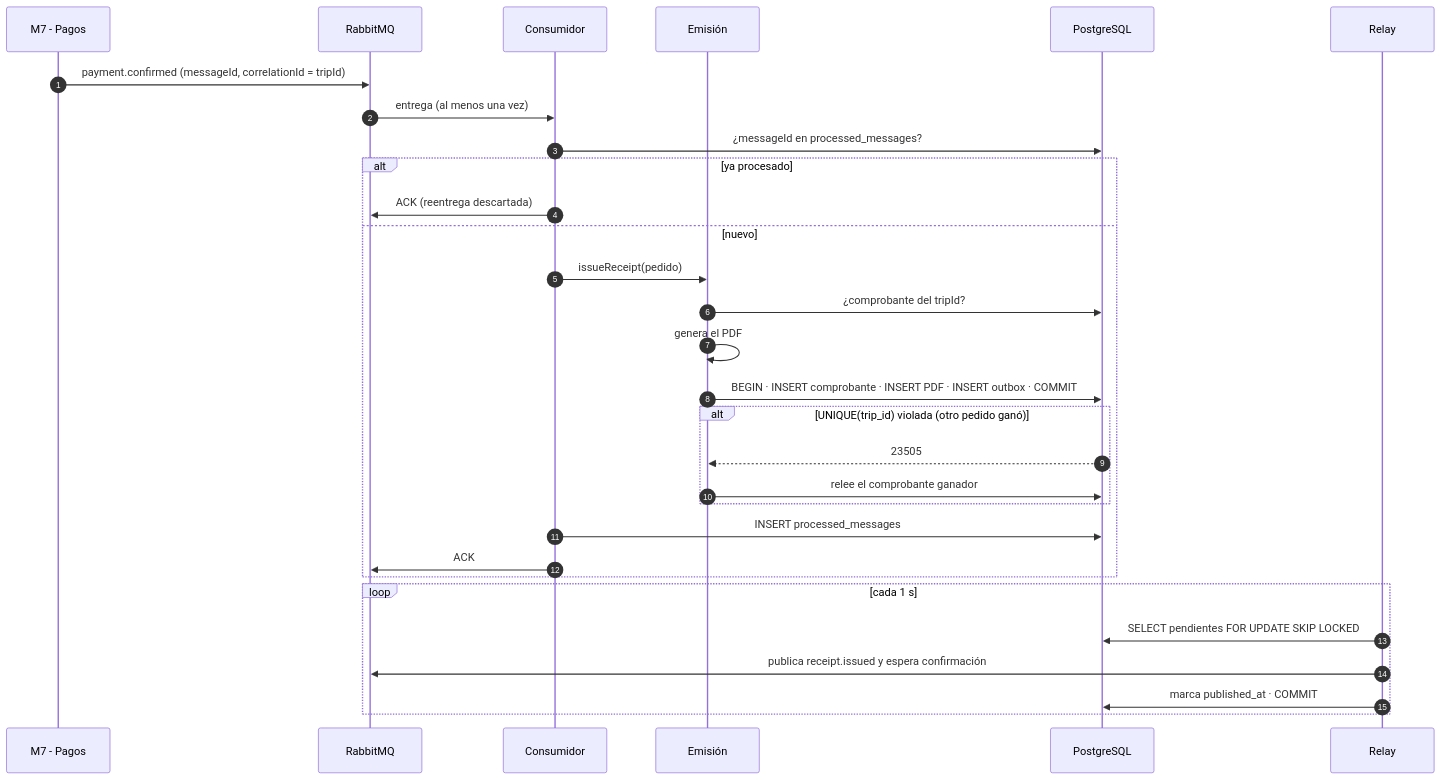
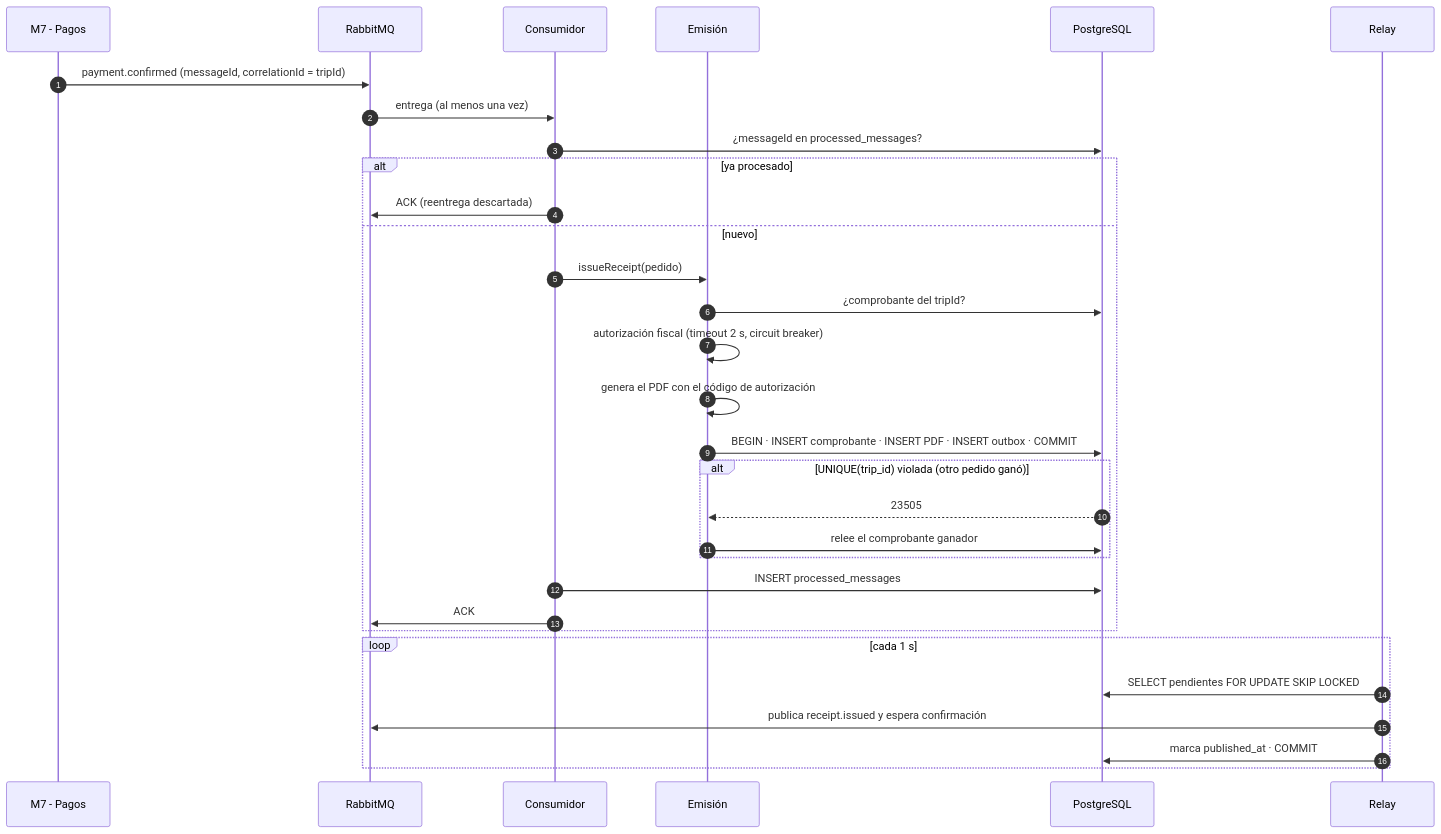
Before and after one commit to cuencadelplata/p3-ae1-2026: the third of 4 diagrams in modulo-8/services/receipts/docs/arquitectura/arquitectura-ae2.md, drawn with Mermaid. The commit also changed other lines of this file and 41 other files, not shown here.

````diff
--- a/modulo-8/services/receipts/docs/arquitectura/arquitectura-ae2.md
+++ b/modulo-8/services/receipts/docs/arquitectura/arquitectura-ae2.md
@@ -121,33 +129,34 @@
 ```mermaid
 sequenceDiagram
     autonumber
     participant M7 as M7 - Pagos
     participant MQ as RabbitMQ
     participant C as Consumidor
     participant S as Emisión
     participant DB as PostgreSQL
     participant R as Relay
 
     M7->>MQ: payment.confirmed (messageId, correlationId = tripId)
     MQ->>C: entrega (al menos una vez)
     C->>DB: ¿messageId en processed_messages?
     alt ya procesado
         C->>MQ: ACK (reentrega descartada)
     else nuevo
         C->>S: issueReceipt(pedido)
         S->>DB: ¿comprobante del tripId?
-        S->>S: genera el PDF
+        S->>S: autorización fiscal (timeout 2 s, circuit breaker)
+        S->>S: genera el PDF con el código de autorización
         S->>DB: BEGIN · INSERT comprobante · INSERT PDF · INSERT outbox · COMMIT
         alt UNIQUE(trip_id) violada (otro pedido ganó)
             DB-->>S: 23505
             S->>DB: relee el comprobante ganador
         end
         C->>DB: INSERT processed_messages
         C->>MQ: ACK
     end
     loop cada 1 s
         R->>DB: SELECT pendientes FOR UPDATE SKIP LOCKED
         R->>MQ: publica receipt.issued y espera confirmación
         R->>DB: marca published_at · COMMIT
     end
 ```
````
